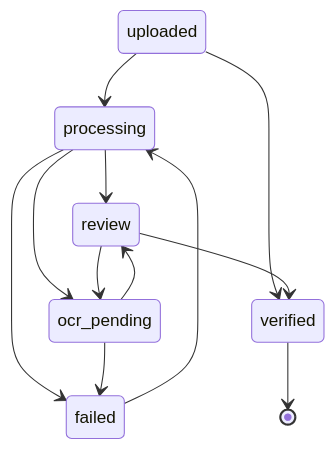
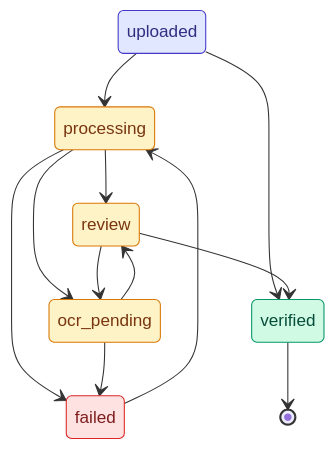
Before and after one commit to SubhanRaj/pdf-markdown-pipeline: the second of 6 diagrams in APP_FLOW.md, drawn with Mermaid. The commit also changed other lines of this file and 1 other file, not shown here.

First line of the commit message:
docs: add color styling to mermaid diagrams in APP_FLOW.md and OCR_RESEARCH.md

````diff
--- a/APP_FLOW.md
+++ b/APP_FLOW.md
@@ -35,14 +43,25 @@
 ```mermaid
 stateDiagram-v2
+    classDef start fill:#e0e7ff,stroke:#4338ca,color:#312e81
+    classDef working fill:#fef3c7,stroke:#d97706,color:#78350f
+    classDef good fill:#d1fae5,stroke:#059669,color:#064e3b
+    classDef bad fill:#fee2e2,stroke:#dc2626,color:#7f1d1d
+
     uploaded --> processing
     uploaded --> verified
     processing --> review
     processing --> ocr_pending
     processing --> failed
     review --> ocr_pending
     ocr_pending --> review
     ocr_pending --> failed
     failed --> processing
     review --> verified
     verified --> [*]
+
+    class uploaded start
+    class processing,ocr_pending working
+    class review working
+    class verified good
+    class failed bad
 ```
````
